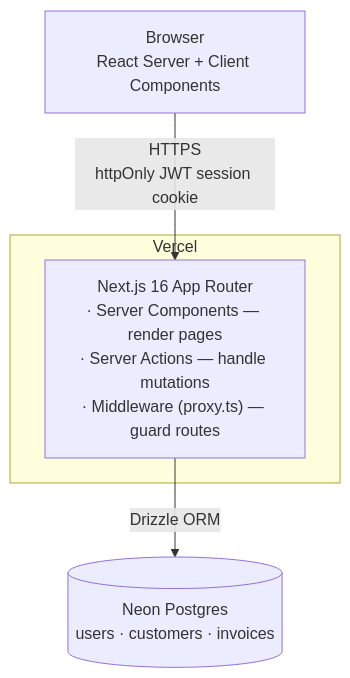
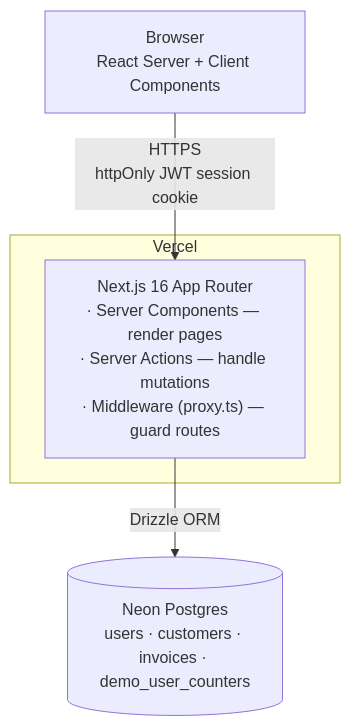
Before and after one commit to andrewpetersondev/nextjs-dashboard: the second of 3 diagrams in docs/diagrams/c4-architecture.md, drawn with Mermaid. The commit also changed 10 other files, not shown here.

First line of the commit message:
docs(diagrams): reconcile the drift-flagged architecture diagrams with the code

````diff
--- a/docs/diagrams/c4-architecture.md
+++ b/docs/diagrams/c4-architecture.md
@@ -35,13 +35,13 @@
 ```mermaid
 flowchart TD
     browser["Browser<br/>React Server + Client Components"]
 
     subgraph host["Vercel"]
         next["Next.js 16 App Router<br/>· Server Components — render pages<br/>· Server Actions — handle mutations<br/>· Middleware (proxy.ts) — guard routes"]
     end
 
-    db[("Neon Postgres<br/>users · customers · invoices")]
+    db[("Neon Postgres<br/>users · customers · invoices · demo_user_counters")]
 
     browser -->|"HTTPS<br/>httpOnly JWT session cookie"| next
     next -->|"Drizzle ORM"| db
 ```
````
